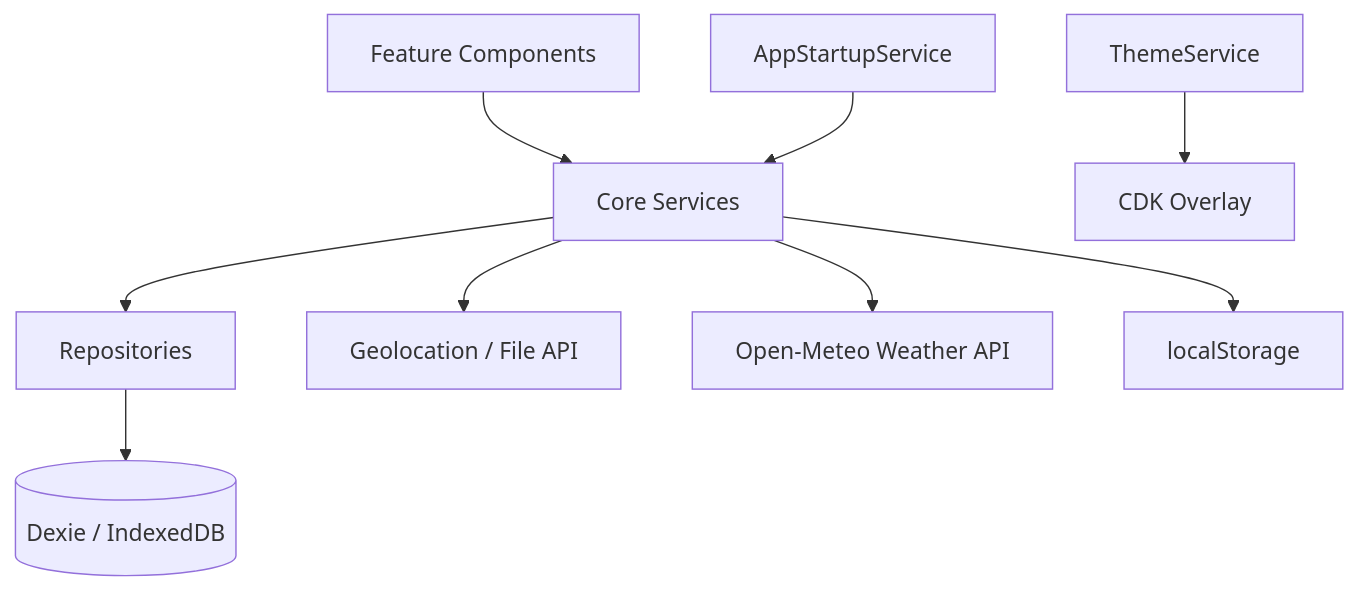
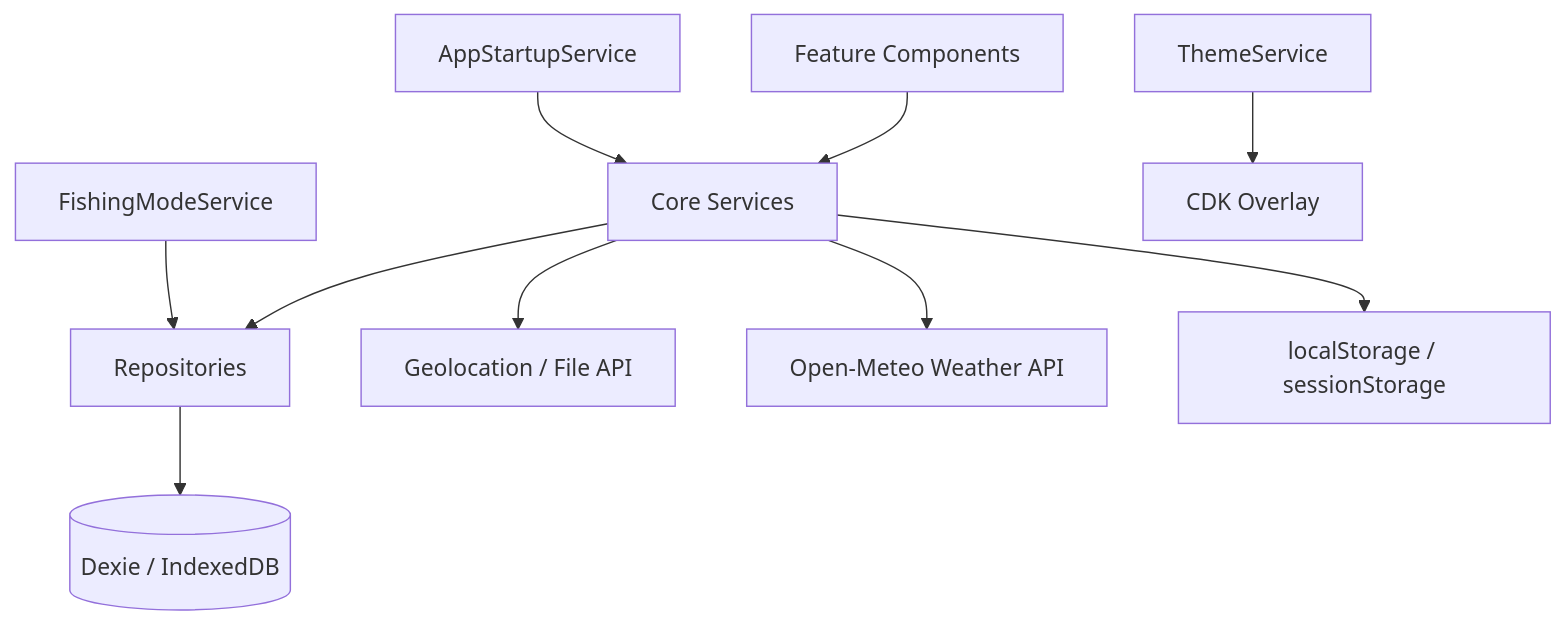
The diagram in docs/architecture.md (fishtrackerr/FishTracker), drawn with Mermaid before and after one commit. The commit also changed other lines of this file and 96 other files, not shown here.

First line of the commit message:
feat: introduce fishing mode selection and preferences management

````diff
--- a/docs/architecture.md
+++ b/docs/architecture.md
@@ -7,11 +9,12 @@
 ```mermaid
 flowchart TD
   UI[Feature Components] --> Services[Core Services]
   Services --> Repositories[Repositories]
   Repositories --> IndexedDB[(Dexie / IndexedDB)]
   Services --> BrowserAPIs[Geolocation / File API]
   Services --> WeatherProvider[Open-Meteo Weather API]
-  Services --> LocalStorage[localStorage]
+  Services --> LocalStorage[localStorage / sessionStorage]
   AppStartup[AppStartupService] --> Services
+  FishingMode[FishingModeService] --> Repositories
   ThemeService --> OverlayContainer[CDK Overlay]
 ```
````
